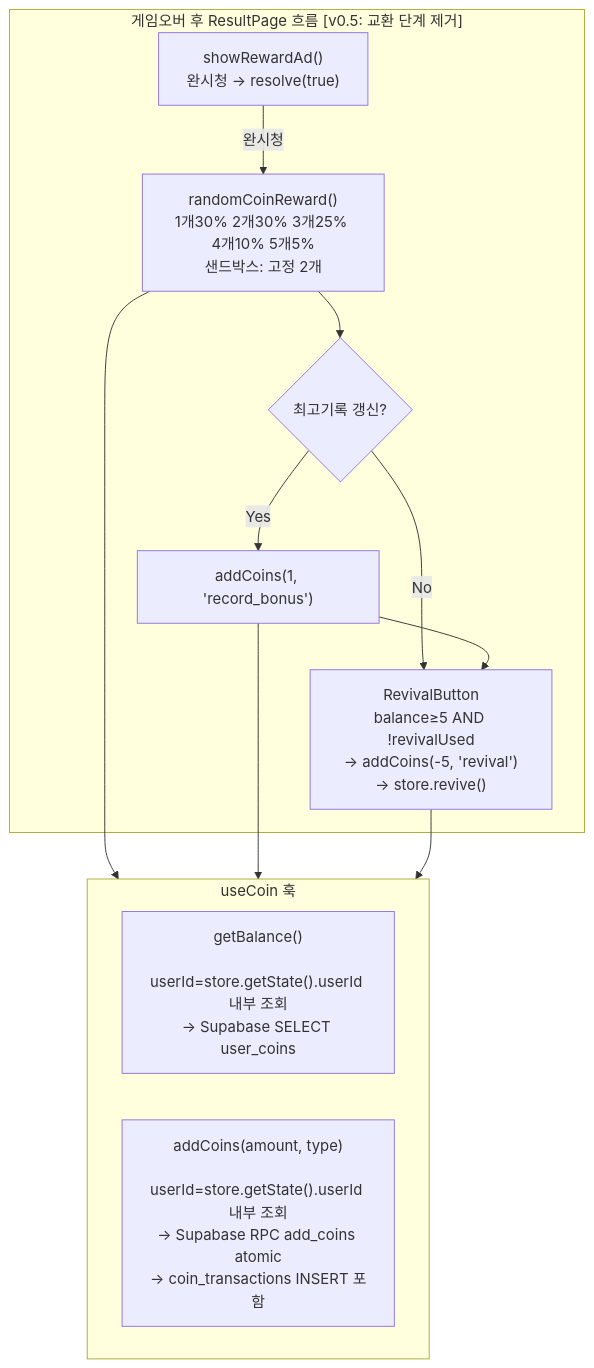
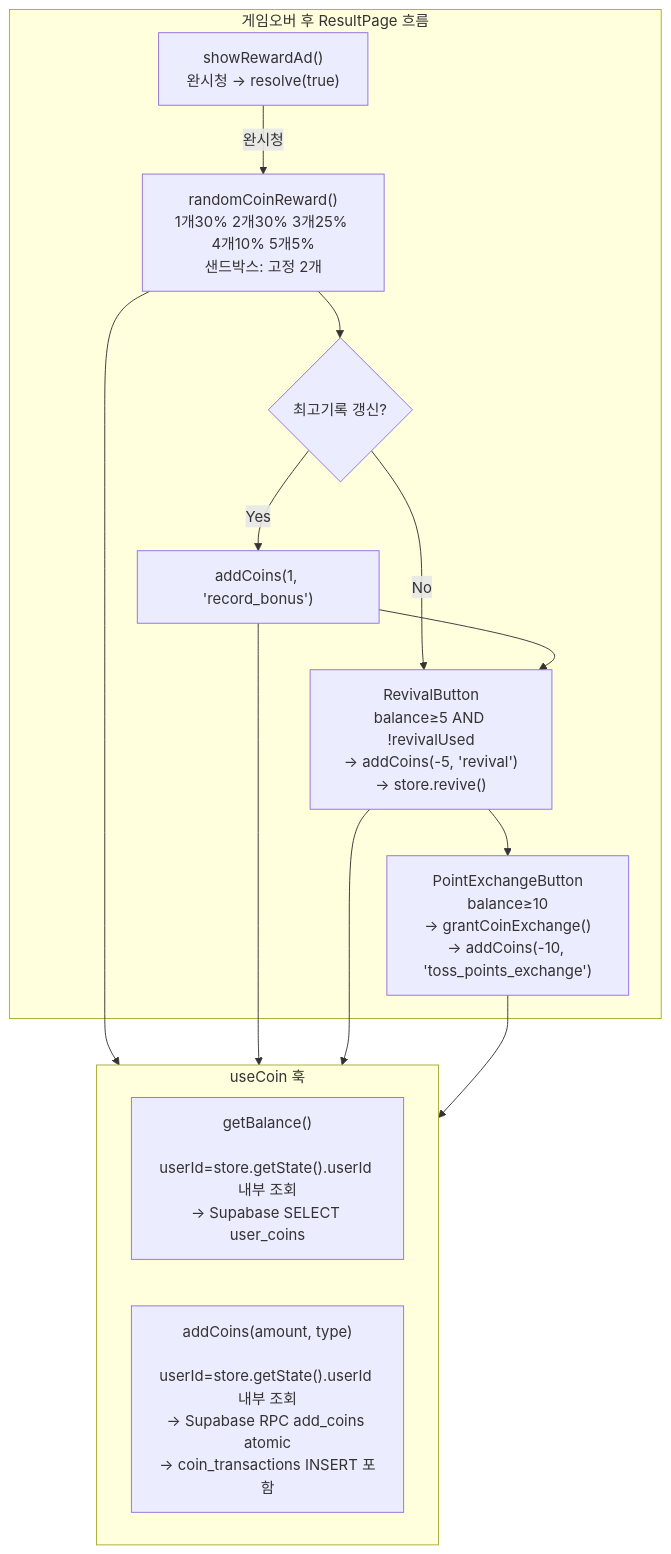
The sixth of 6 diagrams in docs/architecture.md (alruminum/memory-battle), drawn with Mermaid before and after one commit. The commit also changed other lines of this file and 20 other files, not shown here.

````diff
--- a/docs/architecture.md
+++ b/docs/architecture.md
@@ -192,26 +191,28 @@
 ```mermaid
 flowchart TD
   subgraph useCoin["useCoin 훅"]
     UC1["getBalance()\n userId=store.getState().userId 내부 조회\n→ Supabase SELECT user_coins"]
     UC2["addCoins(amount, type)\n userId=store.getState().userId 내부 조회\n→ Supabase RPC add_coins atomic\n→ coin_transactions INSERT 포함"]
   end
 
-  subgraph GameOverFlow["게임오버 후 ResultPage 흐름 [v0.5: 교환 단계 제거]"]
+  subgraph GameOverFlow["게임오버 후 ResultPage 흐름"]
     GO1["showRewardAd()\n완시청 → resolve(true)"]
     GO2["randomCoinReward()\n1개30% 2개30% 3개25% 4개10% 5개5%\n샌드박스: 고정 2개"]
     GO3{최고기록 갱신?}
     GO4["addCoins(1, 'record_bonus')"]
     GO5["RevivalButton\nbalance≥5 AND !revivalUsed\n→ addCoins(-5, 'revival')\n→ store.revive()"]
+    GO6["PointExchangeButton\nbalance≥10\n→ grantCoinExchange()\n→ addCoins(-10, 'toss_points_exchange')"]
   end
-  %% ~~GO6: PointExchangeButton balance≥10 → grantCoinExchange() → addCoins(-10, 'toss_points_exchange')~~ [v0.5 삭제]
 
   GO1 -->|완시청| GO2
   GO2 --> GO3
   GO3 -->|Yes| GO4
   GO3 -->|No| GO5
   GO4 --> GO5
+  GO5 --> GO6
 
   GO2 --> useCoin
   GO4 --> useCoin
   GO5 --> useCoin
+  GO6 --> useCoin
 ```
````
